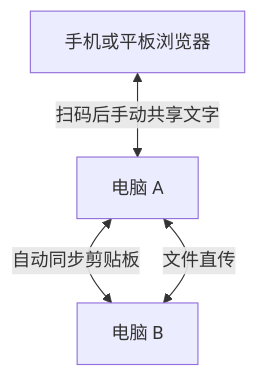
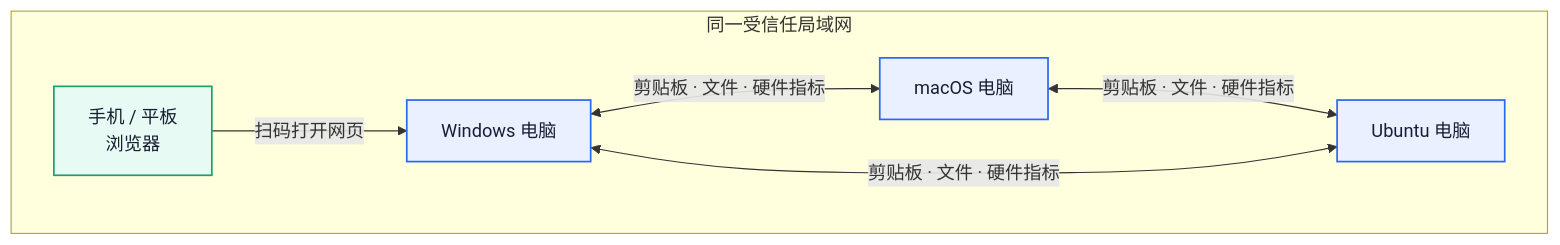
The first of 3 diagrams in README.md (yangjinming1062/MeshShare), drawn with Mermaid before and after one commit. The commit also changed other lines of this file and 1 other file, not shown here.

First line of the commit message:
docs(readme): 重写根 README 的产品介绍、示意图与安装说明

````diff
--- a/README.md
+++ b/README.md
@@ -16,8 +44,18 @@
 ```mermaid
-flowchart TB
-    accTitle: 局域网中的 MeshShare 设备
-    accDescr: 手机或平板扫码连接一台电脑，手动共享文字或直接发送文件。两台电脑自动同步剪贴板并直传文件。
-    Mobile["手机或平板浏览器"] <-->|"扫码后手动共享文字"| A["电脑 A"]
-    A <-->|"自动同步剪贴板"| B["电脑 B"]
-    A <-->|"文件直传"| B
+flowchart LR
+  subgraph LAN["同一受信任局域网"]
+    direction LR
+    A["Windows 电脑"]
+    B["macOS 电脑"]
+    C["Ubuntu 电脑"]
+    P["手机 / 平板<br/>浏览器"]
+  end
+  A <-->|"剪贴板 · 文件 · 硬件指标"| B
+  B <-->|"剪贴板 · 文件 · 硬件指标"| C
+  A <-->|"剪贴板 · 文件 · 硬件指标"| C
+  P -->|"扫码打开网页"| A
+  classDef device fill:#eaf0ff,stroke:#2968f2,stroke-width:1.5px,color:#172033
+  classDef phone fill:#e7fbf4,stroke:#18a36c,stroke-width:1.5px,color:#172033
+  class A,B,C device
+  class P phone
 ```
````
